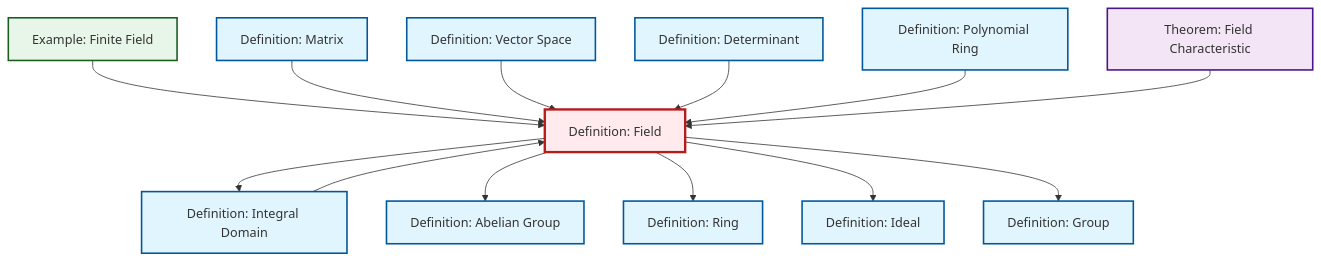
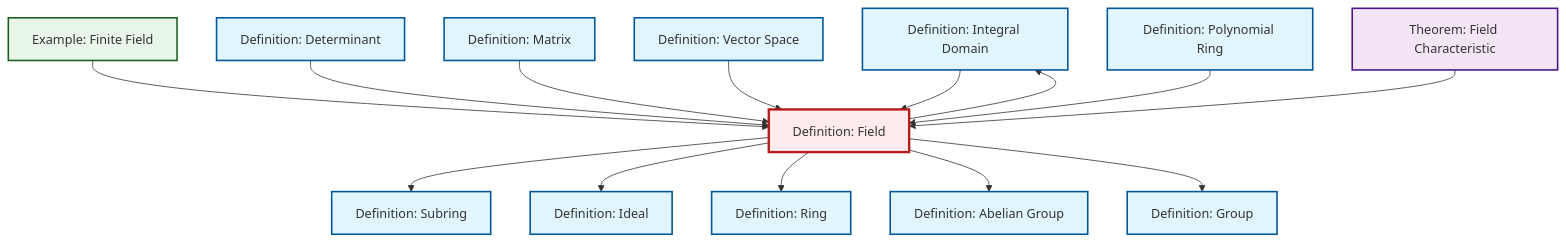
Before and after one commit to RK0429/ModernMath: the diagram in content/en/algebra/def-field.qmd, drawn with Mermaid. The commit also changed 619 other files, not shown here.

````diff
--- a/content/en/algebra/def-field.qmd
+++ b/content/en/algebra/def-field.qmd
@@ -56,45 +56,48 @@
 ```{mermaid}
 %%| fig-cap: "Local dependency graph"
 graph TD
     classDef definition fill:#e1f5fe,stroke:#01579b,stroke-width:2px
     classDef theorem fill:#f3e5f5,stroke:#4a148c,stroke-width:2px
     classDef axiom fill:#fff3e0,stroke:#e65100,stroke-width:2px
     classDef example fill:#e8f5e9,stroke:#1b5e20,stroke-width:2px
     classDef current fill:#ffebee,stroke:#b71c1c,stroke-width:3px
+    def-integral-domain["Definition: Integral Domain"]:::definition
+    def-abelian-group["Definition: Abelian Group"]:::definition
+    def-group["Definition: Group"]:::definition
     ex-finite-field["Example: Finite Field"]:::example
-    def-integral-domain["Definition: Integral Domain"]:::definition
+    def-determinant["Definition: Determinant"]:::definition
+    def-ideal["Definition: Ideal"]:::definition
     thm-field-characteristic["Theorem: Field Characteristic"]:::theorem
+    def-subring["Definition: Subring"]:::definition
     def-polynomial-ring["Definition: Polynomial Ring"]:::definition
-    def-ideal["Definition: Ideal"]:::definition
-    def-vector-space["Definition: Vector Space"]:::definition
     def-matrix["Definition: Matrix"]:::definition
     def-field["Definition: Field"]:::definition
     def-ring["Definition: Ring"]:::definition
-    def-determinant["Definition: Determinant"]:::definition
-    def-abelian-group["Definition: Abelian Group"]:::definition
-    def-group["Definition: Group"]:::definition
-    def-field --> def-integral-domain
+    def-vector-space["Definition: Vector Space"]:::definition
+    def-field --> def-subring
+    def-field --> def-ideal
+    def-field --> def-ring
     def-field --> def-abelian-group
     ex-finite-field --> def-field
+    def-determinant --> def-field
+    def-field --> def-integral-domain
+    def-integral-domain --> def-field
     def-matrix --> def-field
+    def-field --> def-group
     def-vector-space --> def-field
-    def-integral-domain --> def-field
-    def-determinant --> def-field
     def-polynomial-ring --> def-field
-    def-field --> def-ring
-    def-field --> def-ideal
-    def-field --> def-group
     thm-field-characteristic --> def-field
     class def-field current
+    click def-integral-domain "def-integral-domain.html" "Go to Integral Domain definition"
+    click def-abelian-group "def-abelian-group.html" "Go to Abelian Group definition"
+    click def-group "def-group.html" "Go to Group definition"
     click ex-finite-field "ex-finite-field.html" "Go to Finite Field example"
-    click def-integral-domain "def-integral-domain.html" "Go to Integral Domain definition"
+    click def-determinant "def-determinant.html" "Go to Determinant definition"
+    click def-ideal "def-ideal.html" "Go to Ideal definition"
     click thm-field-characteristic "thm-field-characteristic.html" "Go to Field Characteristic theorem"
+    click def-subring "def-subring.html" "Go to Subring definition"
     click def-polynomial-ring "def-polynomial-ring.html" "Go to Polynomial Ring definition"
-    click def-ideal "def-ideal.html" "Go to Ideal definition"
-    click def-vector-space "def-vector-space.html" "Go to Vector Space definition"
     click def-matrix "def-matrix.html" "Go to Matrix definition"
     click def-ring "def-ring.html" "Go to Ring definition"
-    click def-determinant "def-determinant.html" "Go to Determinant definition"
-    click def-abelian-group "def-abelian-group.html" "Go to Abelian Group definition"
-    click def-group "def-group.html" "Go to Group definition"
+    click def-vector-space "def-vector-space.html" "Go to Vector Space definition"
 ```
````
